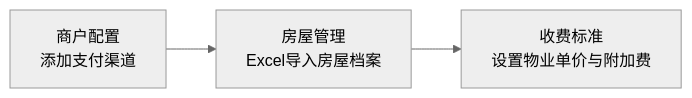
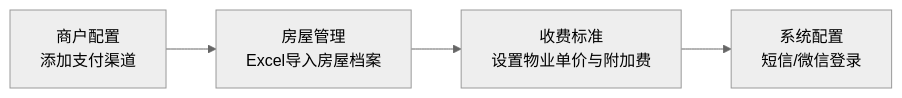
One commit to chuanlbx-ui/halo-plugin-property-fee changed the diagram in README.md. Above: the diagram before and after it, drawn with Mermaid (neutral theme). The commit also changed other lines of this file and 25 other files, not shown here.

````diff
--- a/README.md
+++ b/README.md
@@ -34,5 +38,6 @@
 ```mermaid
 flowchart LR
     A[商户配置<br/>添加支付渠道] --> B[房屋管理<br/>Excel导入房屋档案]
     B --> C[收费标准<br/>设置物业单价与附加费]
+    C --> D[系统配置<br/>短信/微信登录]
 ```
````
